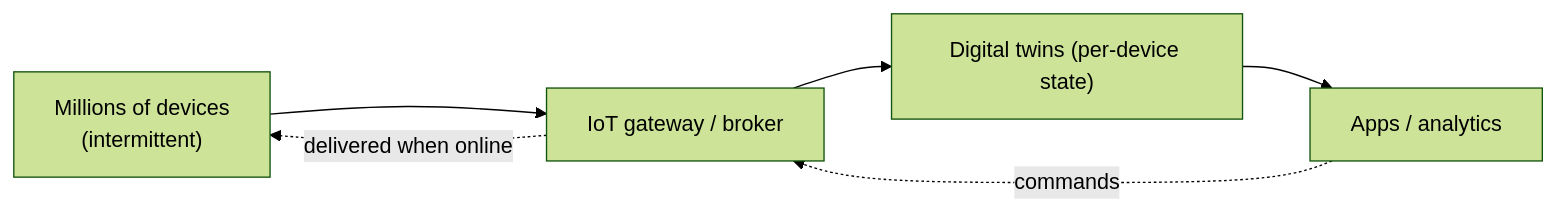
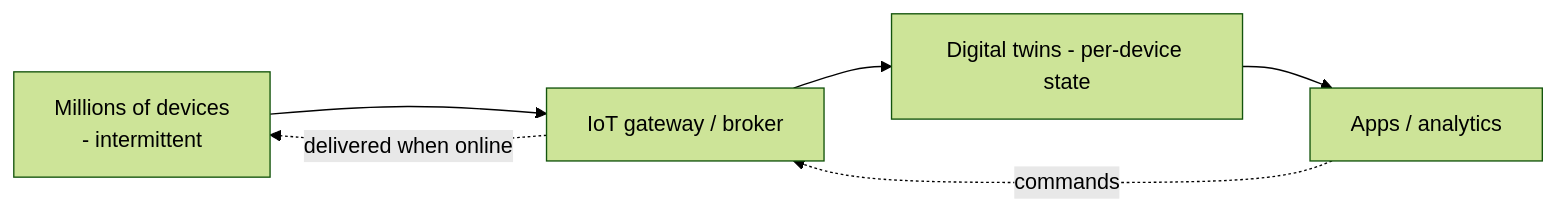
The diagram in docs/10-extreme-scale/11-identity-iot-p2p-blockchain.md (RIT-MESH/system-design-mastery), drawn with Mermaid (forest theme) before and after one commit. The commit also changed 139 other files, not shown here.

First line of the commit message:
Fix Mermaid parse errors: replace parentheses in node labels across 140 files

````diff
--- a/docs/10-extreme-scale/11-identity-iot-p2p-blockchain.md
+++ b/docs/10-extreme-scale/11-identity-iot-p2p-blockchain.md
@@ -25,8 +25,8 @@
 ```mermaid
 %% created-for: system-design-mastery
 flowchart LR
-  Dev["Millions of devices<br/>(intermittent)"] --> GW["IoT gateway / broker"]
-  GW --> Twin["Digital twins (per-device state)"]
+  Dev["Millions of devices<br/> - intermittent"] --> GW["IoT gateway / broker"]
+  GW --> Twin["Digital twins - per-device state"]
   Twin --> Apps["Apps / analytics"]
   Apps -.commands.-> GW -.delivered when online.-> Dev
 ```
````
